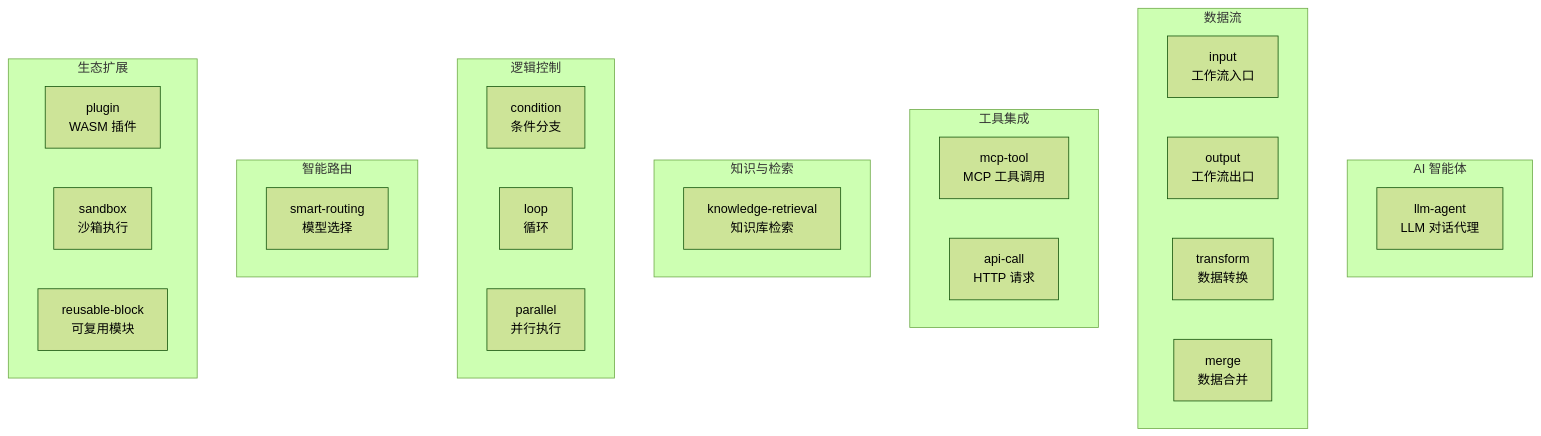
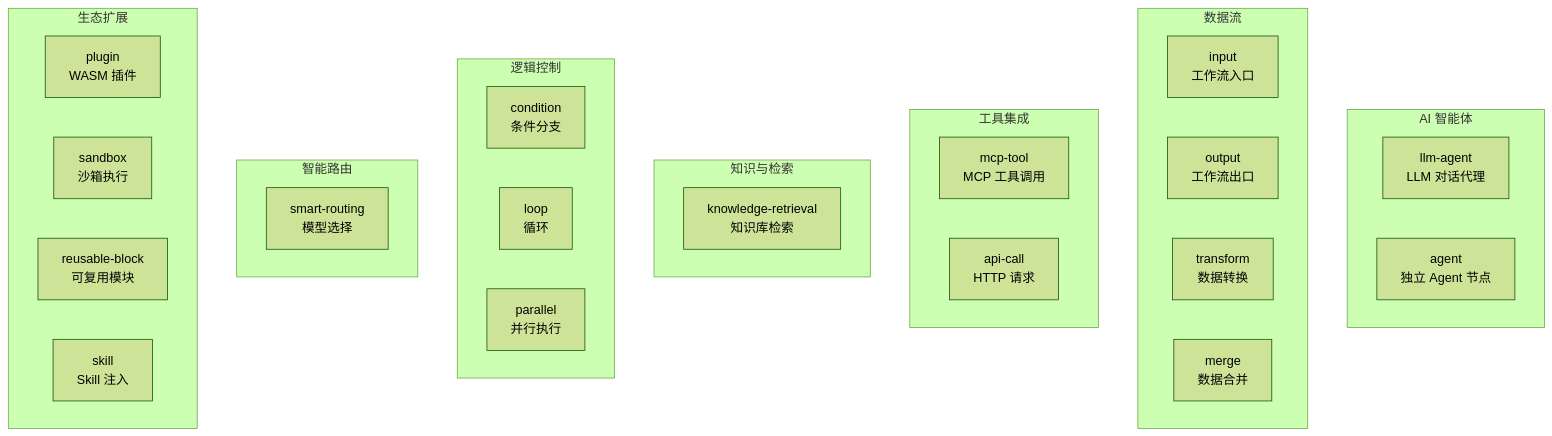
Before and after one commit to Lynricsy/AgentLoom: the fourth of 8 diagrams in agentloom-docs/zh/guide/concepts.md, drawn with Mermaid (forest theme). The commit also changed other lines of this file and 25 other files, not shown here.

````diff
--- a/agentloom-docs/zh/guide/concepts.md
+++ b/agentloom-docs/zh/guide/concepts.md
@@ -61,38 +89,40 @@
 ```mermaid
 flowchart TB
     subgraph AI["AI 智能体"]
         LLMAgent["llm-agent<br/>LLM 对话代理"]
+        Agent["agent<br/>独立 Agent 节点"]
     end
 
     subgraph DataFlow["数据流"]
         Input["input<br/>工作流入口"]
         Output["output<br/>工作流出口"]
         Transform["transform<br/>数据转换"]
         Merge["merge<br/>数据合并"]
     end
 
     subgraph Tools["工具集成"]
         MCPTool["mcp-tool<br/>MCP 工具调用"]
         APICall["api-call<br/>HTTP 请求"]
     end
 
     subgraph Knowledge["知识与检索"]
         KnowledgeRetrieval["knowledge-retrieval<br/>知识库检索"]
     end
 
     subgraph Logic["逻辑控制"]
         Condition["condition<br/>条件分支"]
         Loop["loop<br/>循环"]
         Parallel["parallel<br/>并行执行"]
     end
 
     subgraph Routing["智能路由"]
         SmartRouting["smart-routing<br/>模型选择"]
     end
 
     subgraph Ecosystem["生态扩展"]
         Plugin["plugin<br/>WASM 插件"]
         Sandbox["sandbox<br/>沙箱执行"]
         ReusableBlock["reusable-block<br/>可复用模块"]
+        Skill["skill<br/>Skill 注入"]
     end
 ```
````
